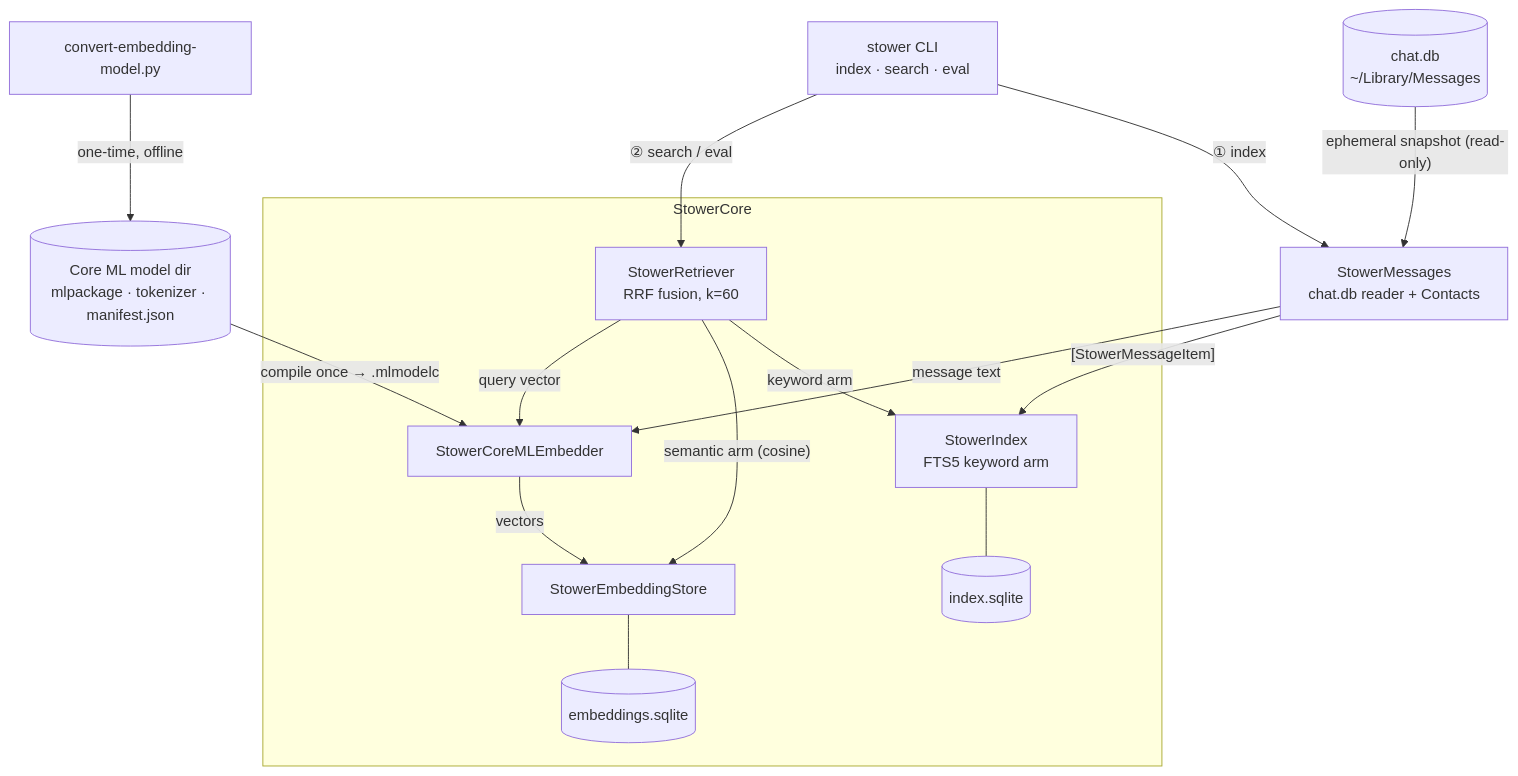
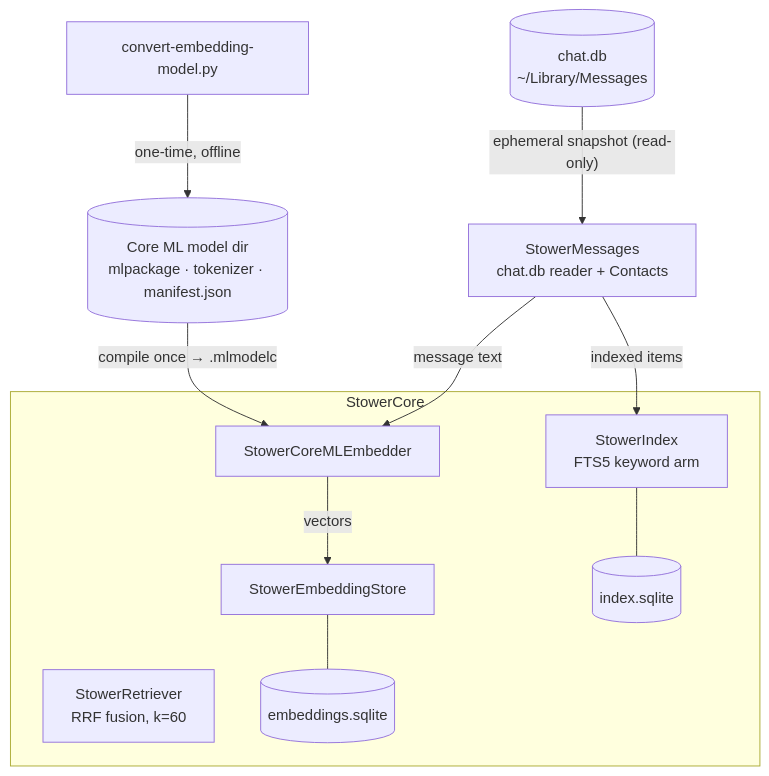
One commit to emilykangdev/stower changed the diagram in README.md. Above: the diagram before and after it, drawn with Mermaid. The commit also changed other lines of this file, not shown here.

````diff
--- a/README.md
+++ b/README.md
@@ -80,34 +72,26 @@
 ```mermaid
 flowchart TD
     chatdb[("chat.db<br/>~/Library/Messages")]
     convert["convert-embedding-model.py"]
     model[("Core ML model dir<br/>mlpackage · tokenizer · manifest.json")]
     convert -->|"one-time, offline"| model
 
-    cli["stower CLI<br/>index · search · eval"]
     msgs["StowerMessages<br/>chat.db reader + Contacts"]
 
     subgraph core["StowerCore"]
         index["StowerIndex<br/>FTS5 keyword arm"]
         store["StowerEmbeddingStore"]
         embedder["StowerCoreMLEmbedder"]
         retriever["StowerRetriever<br/>RRF fusion, k=60"]
         idxdb[("index.sqlite")]
         embdb[("embeddings.sqlite")]
         index --- idxdb
         store --- embdb
     end
 
     chatdb -->|"ephemeral snapshot (read-only)"| msgs
-
-    cli -->|"① index"| msgs
-    msgs -->|"[StowerMessageItem]"| index
+    msgs -->|"indexed items"| index
     msgs -->|"message text"| embedder
     model -->|"compile once → .mlmodelc"| embedder
     embedder -->|"vectors"| store
-
-    cli -->|"② search / eval"| retriever
-    retriever -->|"keyword arm"| index
-    retriever -->|"semantic arm (cosine)"| store
-    retriever -->|"query vector"| embedder
 ```
````
